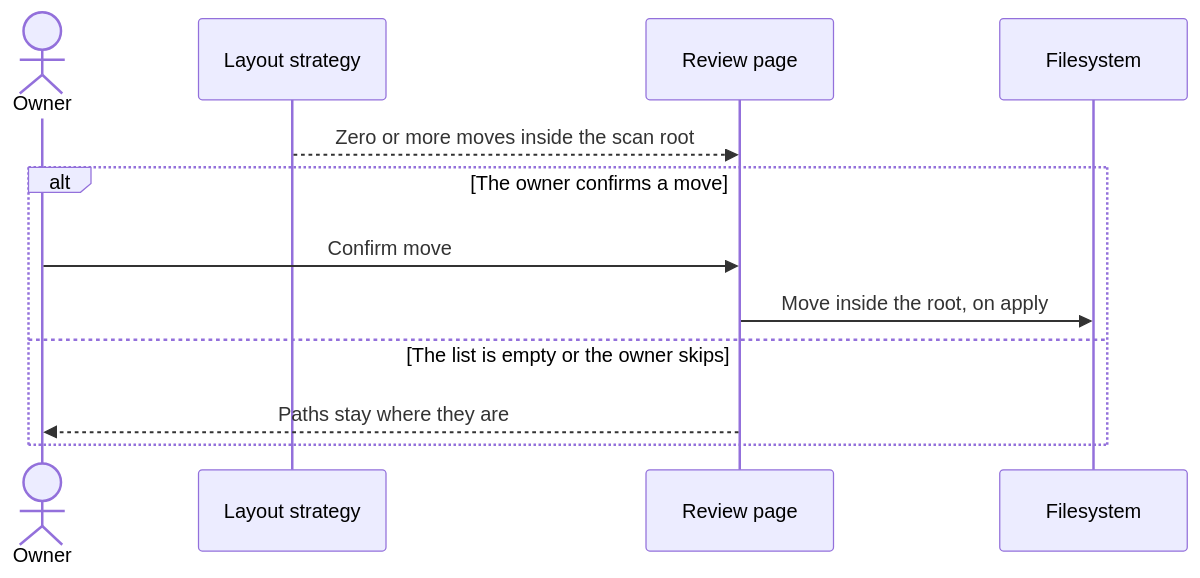
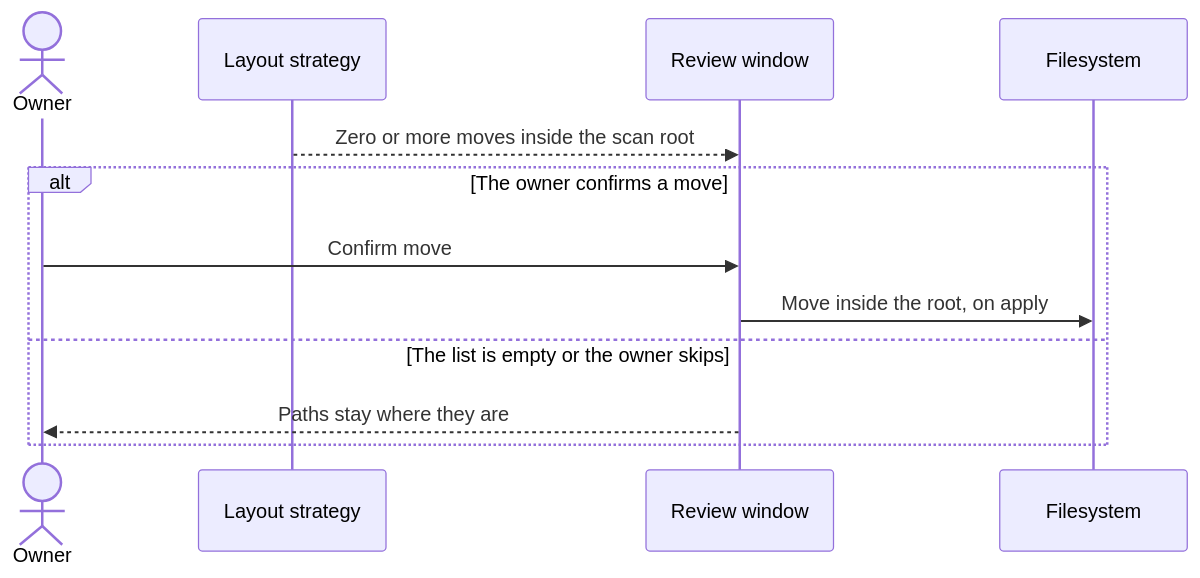
The sixth of 8 diagrams in docs/use-cases.md (cionz0/hdsort), drawn with Mermaid before and after one commit. The commit also changed other lines of this file and 27 other files, not shown here.

Commit message:
Open a native review window so a scan can show its progress.

````diff
--- a/docs/use-cases.md
+++ b/docs/use-cases.md
@@ -145,14 +145,14 @@
 ```mermaid
 sequenceDiagram
   actor Owner
   participant Layout as Layout strategy
-  participant Page as Review page
+  participant Window as Review window
   participant Disk as Filesystem
-  Layout-->>Page: Zero or more moves inside the scan root
+  Layout-->>Window: Zero or more moves inside the scan root
   alt The owner confirms a move
-    Owner->>Page: Confirm move
-    Page->>Disk: Move inside the root, on apply
+    Owner->>Window: Confirm move
+    Window->>Disk: Move inside the root, on apply
   else The list is empty or the owner skips
-    Page-->>Owner: Paths stay where they are
+    Window-->>Owner: Paths stay where they are
   end
 ```
````
